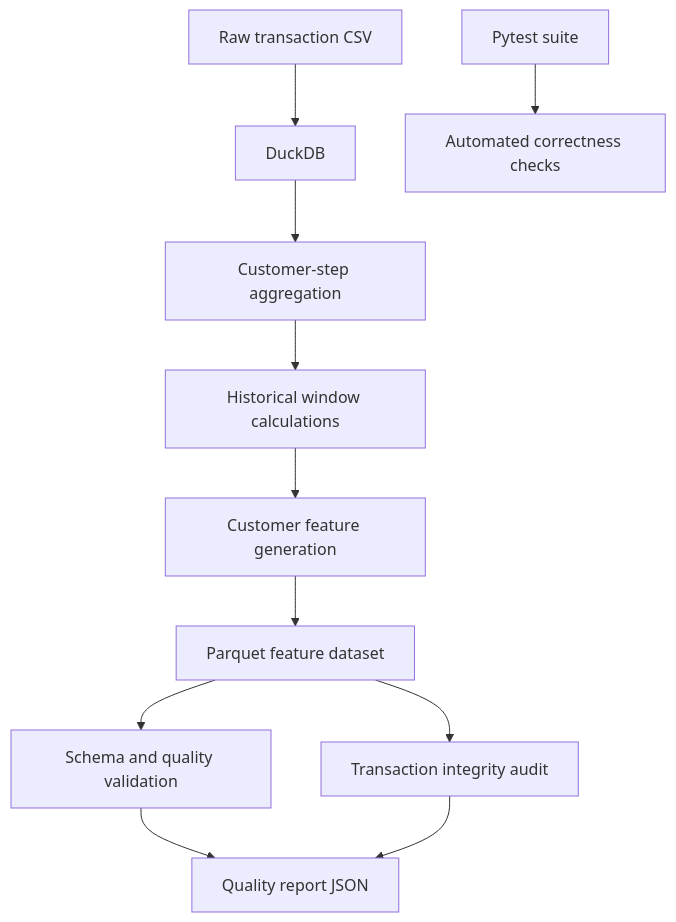
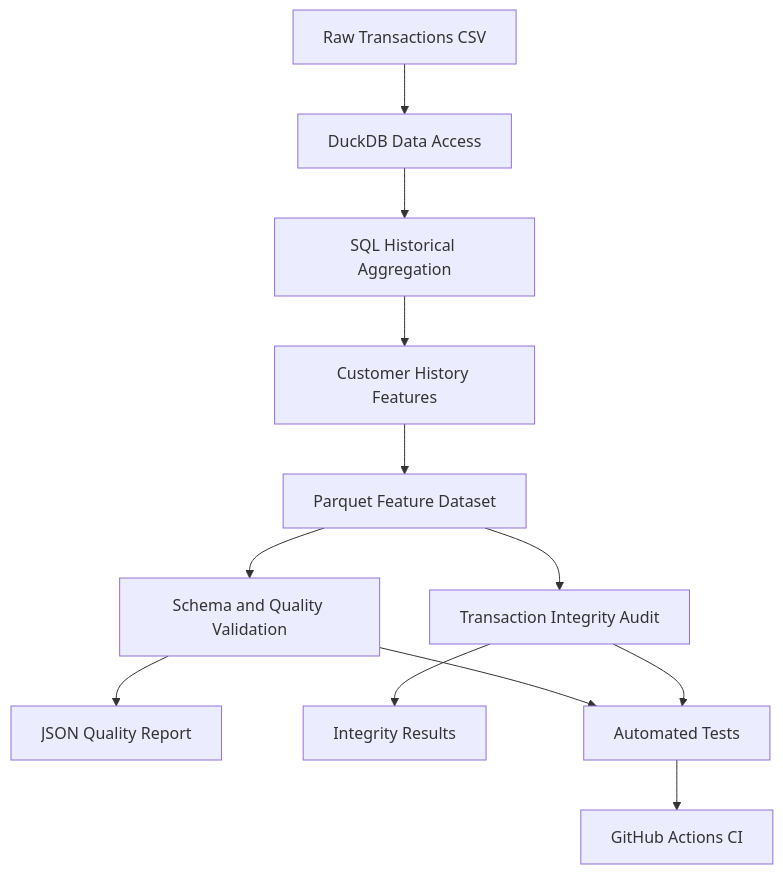
One commit to Rauof-Qadir/customer-risk-feature-store changed the diagram in README.md. Above: the diagram before and after it, drawn with Mermaid. The commit also changed other lines of this file, not shown here.

````diff
--- a/README.md
+++ b/README.md
@@ -30,13 +47,14 @@
 ```mermaid
 flowchart TD
-    A[Raw transaction CSV] --> B[DuckDB]
-    B --> C[Customer-step aggregation]
-    C --> D[Historical window calculations]
-    D --> E[Customer feature generation]
-    E --> F[Parquet feature dataset]
-    F --> G[Schema and quality validation]
-    F --> H[Transaction integrity audit]
-    G --> I[Quality report JSON]
-    H --> I
-    J[Pytest suite] --> K[Automated correctness checks]
+    A["Raw Transactions CSV"] --> B["DuckDB Data Access"]
+    B --> C["SQL Historical Aggregation"]
+    C --> D["Customer History Features"]
+    D --> E["Parquet Feature Dataset"]
+    E --> F["Schema and Quality Validation"]
+    E --> G["Transaction Integrity Audit"]
+    F --> H["JSON Quality Report"]
+    G --> I["Integrity Results"]
+    F --> J["Automated Tests"]
+    G --> J
+    J --> K["GitHub Actions CI"]
 ```
````
